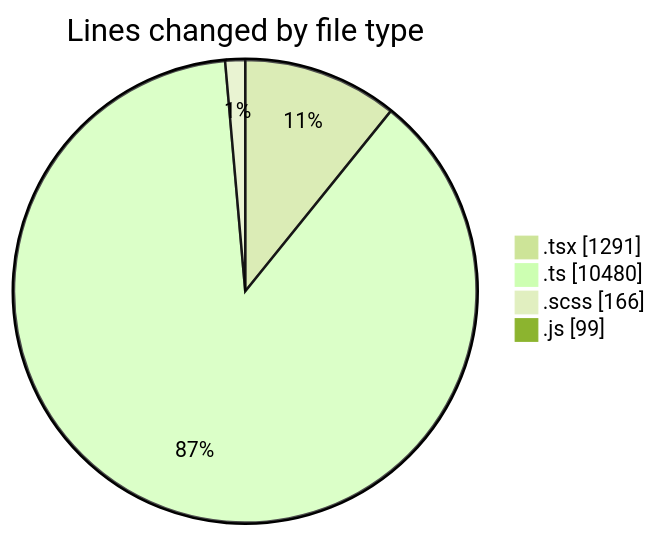
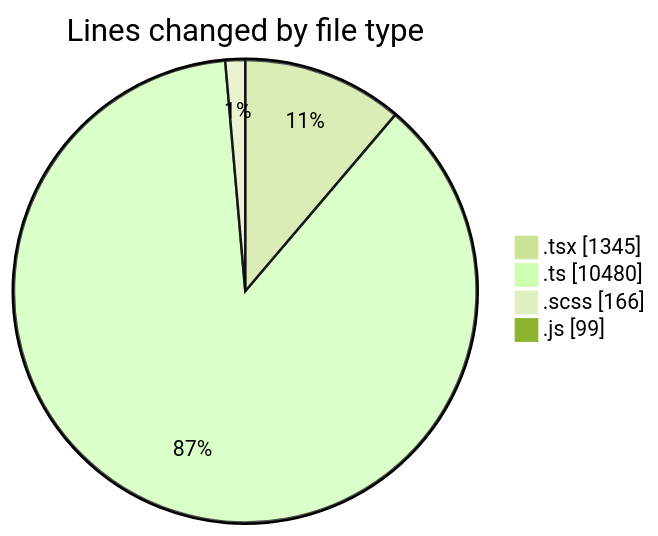
One commit to momahboobian/code-tracking changed the first of 2 diagrams in 2025-03-26/cda/README.md. Above: the diagram before and after it, drawn with Mermaid (forest theme). The commit also changed other lines of this file and 1 other file, not shown here.

````diff
--- a/2025-03-26/cda/README.md
+++ b/2025-03-26/cda/README.md
@@ -43,8 +43,8 @@
 ```mermaid
 pie showData
 title Lines changed by file type
-".tsx" : 1291
+".tsx" : 1345
 ".ts" : 10480
 ".scss" : 166
 ".js" : 99
 ```
````
